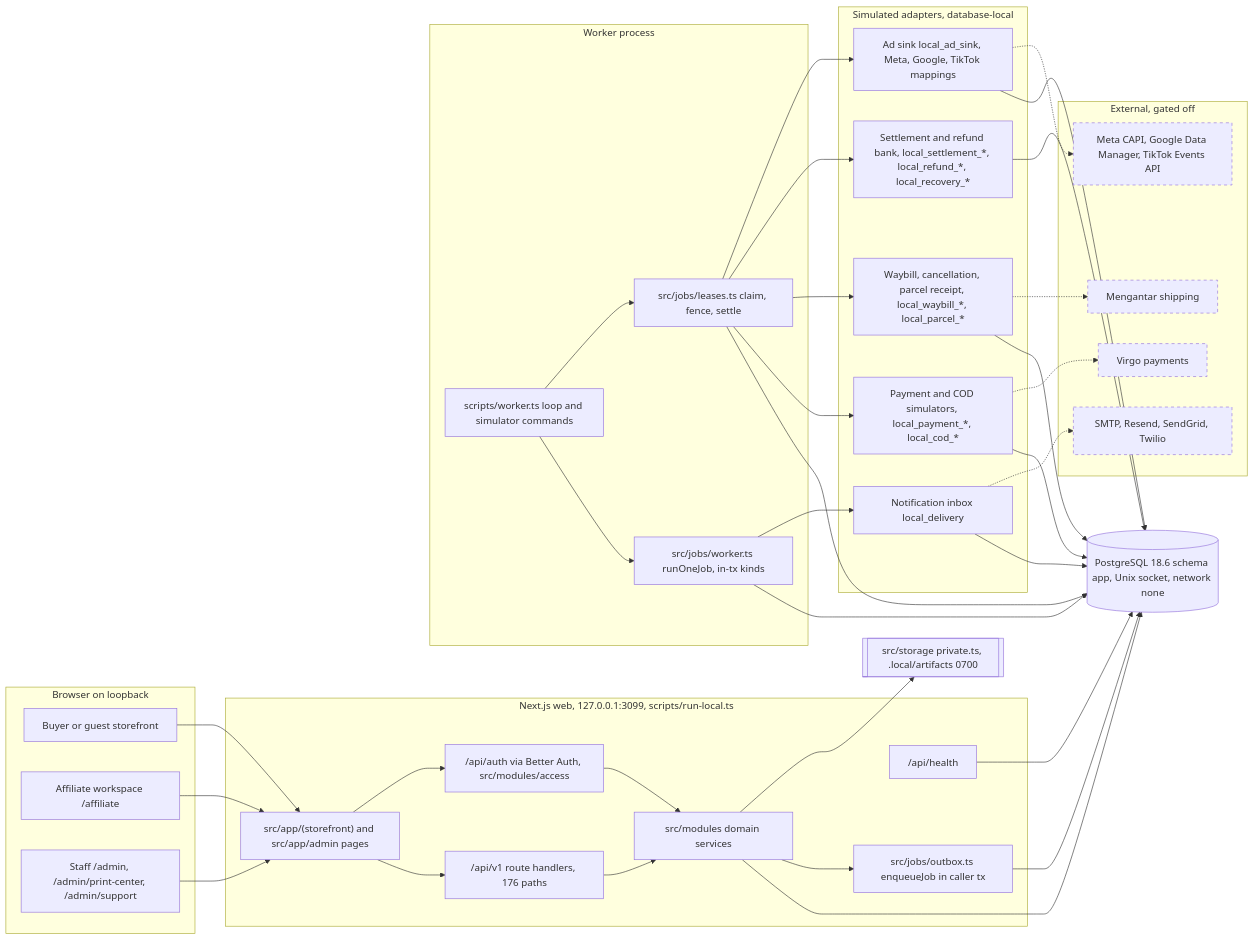
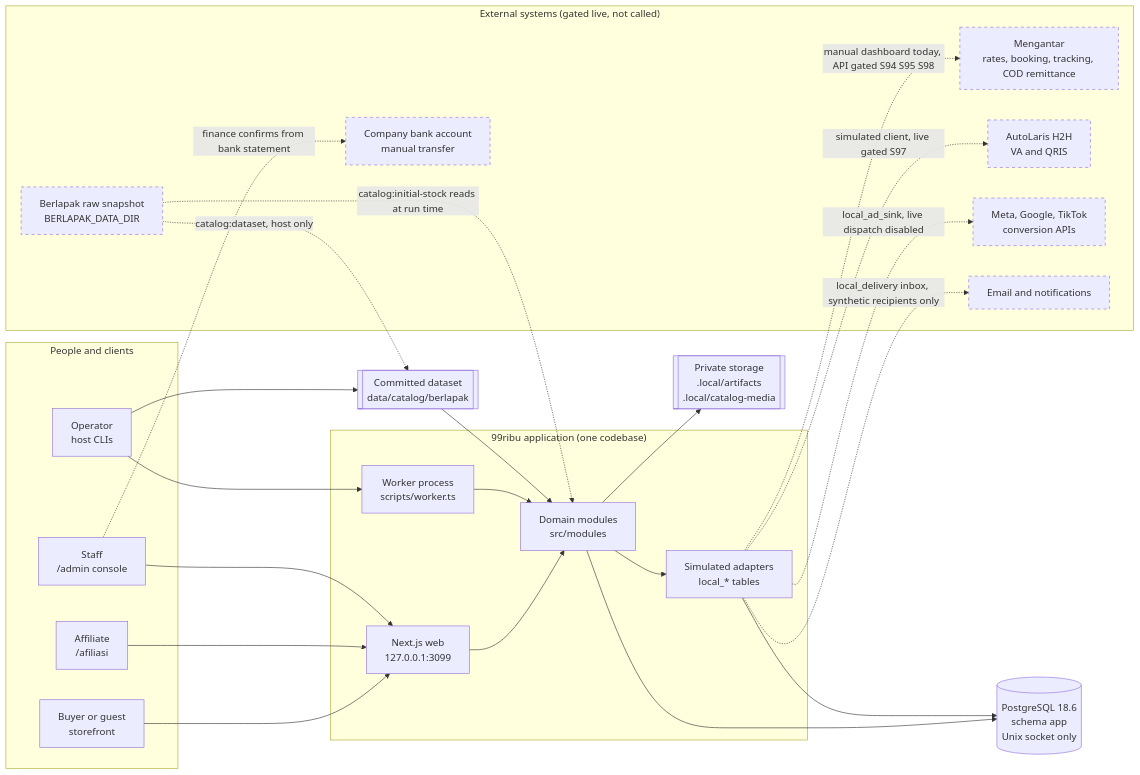
Before and after one commit to ongkipro/99ribu: the first of 13 diagrams in ARCHITECTURE.md, drawn with Mermaid. The commit also changed other lines of this file and 190 other files, not shown here.

First line of the commit message:
docs: S68 re-verification, DEC-010..013, architecture, launch-readiness slices

````diff
--- a/ARCHITECTURE.md
+++ b/ARCHITECTURE.md
@@ -62,68 +37,52 @@
 ```mermaid
 flowchart LR
-  subgraph Browser["Browser on loopback"]
-    Buyer["Buyer or guest storefront"]
-    Affiliate["Affiliate workspace /affiliate"]
-    Staff["Staff /admin, /admin/print-center, /admin/support"]
+  subgraph People["People and clients"]
+    Buyer["Buyer or guest<br/>storefront"]
+    Affiliate["Affiliate<br/>/afiliasi"]
+    Staff["Staff<br/>/admin console"]
+    Operator["Operator<br/>host CLIs"]
   end
-  subgraph Web["Next.js web, 127.0.0.1:3099, scripts/run-local.ts"]
-    Pages["src/app/(storefront) and src/app/admin pages"]
-    V1["/api/v1 route handlers, 176 paths"]
-    Auth["/api/auth via Better Auth, src/modules/access"]
-    Health["/api/health"]
-    Modules["src/modules domain services"]
-    Outbox["src/jobs/outbox.ts enqueueJob in caller tx"]
+
+  subgraph App["99ribu application (one codebase)"]
+    Web["Next.js web<br/>127.0.0.1:3099"]
+    Worker["Worker process<br/>scripts/worker.ts"]
+    Modules["Domain modules<br/>src/modules"]
+    Sims["Simulated adapters<br/>local_* tables"]
   end
-  DB[("PostgreSQL 18.6 schema app, Unix socket, network none")]
-  Storage[["src/storage private.ts, .local/artifacts 0700"]]
-  subgraph Worker["Worker process"]
-    WorkerCli["scripts/worker.ts loop and simulator commands"]
-    Dispatch["src/jobs/worker.ts runOneJob, in-tx kinds"]
-    Leases["src/jobs/leases.ts claim, fence, settle"]
+
+  DB[("PostgreSQL 18.6<br/>schema app<br/>Unix socket only")]
+  Files[["Private storage<br/>.local/artifacts<br/>.local/catalog-media"]]
+  Dataset[["Committed dataset<br/>data/catalog/berlapak"]]
+
+  subgraph Gated["External systems (gated live, not called)"]
+    Mengantar["Mengantar<br/>rates, booking, tracking, COD remittance"]
+    AutoLaris["AutoLaris H2H<br/>VA and QRIS"]
+    Bank["Company bank account<br/>manual transfer"]
+    Ads["Meta, Google, TikTok<br/>conversion APIs"]
+    Mail["Email and notifications"]
+    Raw["Berlapak raw snapshot<br/>BERLAPAK_DATA_DIR"]
   end
-  subgraph Sim["Simulated adapters, database-local"]
-    PaySim["Payment and COD simulators, local_payment_*, local_cod_*"]
-    ShipSim["Waybill, cancellation, parcel receipt, local_waybill_*, local_parcel_*"]
-    FinSim["Settlement and refund bank, local_settlement_*, local_refund_*, local_recovery_*"]
-    AdSink["Ad sink local_ad_sink, Meta, Google, TikTok mappings"]
-    Inbox["Notification inbox local_delivery"]
-  end
-  subgraph Gated["External, gated off"]
-    Virgo["Virgo payments"]
-    Mengantar["Mengantar shipping"]
-    AdsLive["Meta CAPI, Google Data Manager, TikTok Events API"]
-    Mail["SMTP, Resend, SendGrid, Twilio"]
-  end
-  Buyer --> Pages
-  Affiliate --> Pages
-  Staff --> Pages
-  Pages --> V1
-  Pages --> Auth
-  V1 --> Modules
-  Auth --> Modules
-  Health --> DB
+
+  Buyer --> Web
+  Affiliate --> Web
+  Staff --> Web
+  Operator --> Worker
+  Operator --> Dataset
+  Web --> Modules
+  Worker --> Modules
   Modules --> DB
-  Modules --> Outbox
-  Outbox --> DB
-  Modules --> Storage
-  WorkerCli --> Dispatch
-  WorkerCli --> Leases
-  Dispatch --> DB
-  Leases --> DB
-  Leases --> PaySim
-  Leases --> ShipSim
-  Leases --> FinSim
-  Leases --> AdSink
-  Dispatch --> Inbox
-  PaySim --> DB
-  ShipSim --> DB
-  FinSim --> DB
-  AdSink --> DB
-  Inbox --> DB
-  PaySim -.-> Virgo
-  ShipSim -.-> Mengantar
-  AdSink -.-> AdsLive
-  Inbox -.-> Mail
+  Modules --> Files
+  Modules --> Sims
+  Sims --> DB
+  Dataset --> Modules
+  Raw -. "catalog:dataset, host only" .-> Dataset
+  Raw -. "catalog:initial-stock reads at run time" .-> Modules
+  Sims -. "manual dashboard today, API gated S94 S95 S98" .-> Mengantar
+  Sims -. "simulated client, live gated S97" .-> AutoLaris
+  Staff -. "finance confirms from bank statement" .-> Bank
+  Sims -. "local_ad_sink, live dispatch disabled" .-> Ads
+  Sims -. "local_delivery inbox, synthetic recipients only" .-> Mail
+
   classDef gated stroke-dasharray: 5 5
-  class Virgo,Mengantar,AdsLive,Mail gated
+  class Mengantar,AutoLaris,Bank,Ads,Mail,Raw gated
 ```
````
